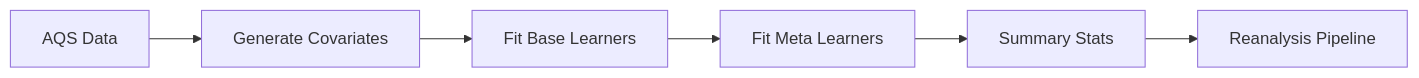
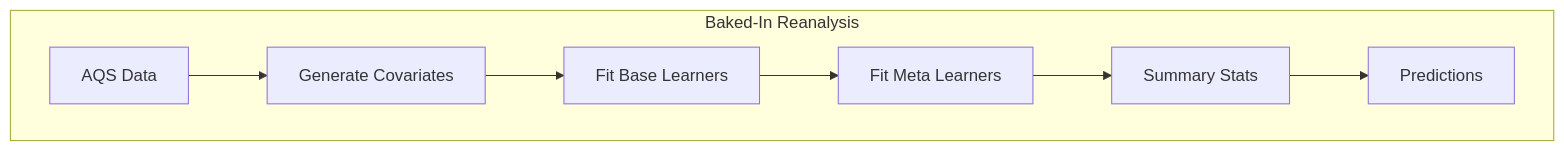
The diagram in README.md (NIEHS/beethoven), drawn with Mermaid before and after one commit. The commit also changed other lines of this file, not shown here.

````diff
--- a/README.md
+++ b/README.md
@@ -3,8 +7,8 @@
 ```mermaid
 
 flowchart LR
-    A[AQS Data] --> B[Generate Covariates]--> C[Fit Base Learners]-->D[Fit Meta Learners]-->E[Summary Stats]-->F[Reanalysis Pipeline]
-
-   
-  
+    subgraph "Baked-In Reanalysis"
+    direction LR
+    A[AQS Data] --> B[Generate Covariates]--> C[Fit Base Learners]-->D[Fit Meta Learners]-->E[Summary Stats]-->F[Predictions]
+    end
 ```
````
